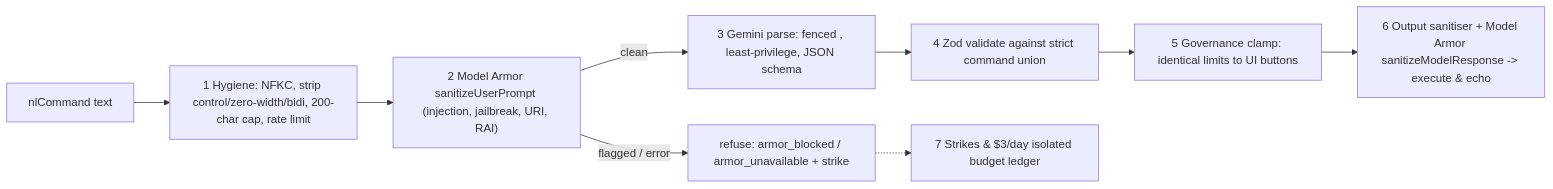
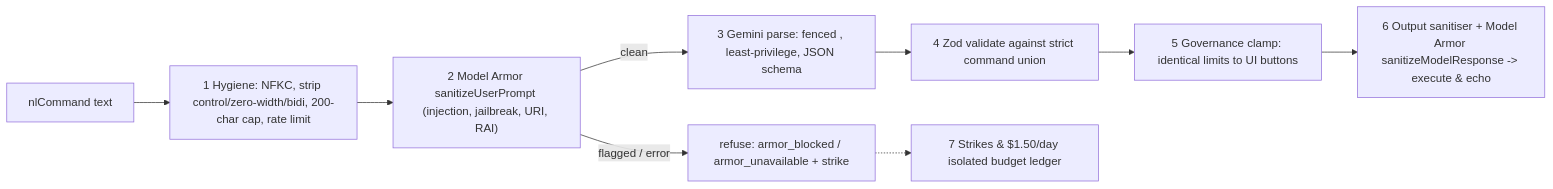
Before and after one commit to davenportjw/freightfloor: the diagram in docs/security.md, drawn with Mermaid. The commit also changed other lines of this file and 76 other files, not shown here.

````diff
--- a/docs/security.md
+++ b/docs/security.md
@@ -23,11 +23,11 @@
 ```mermaid
 flowchart LR
   T["nlCommand text"] --> H["1 Hygiene: NFKC, strip control/zero-width/bidi, 200-char cap, rate limit"]
   H --> MA["2 Model Armor sanitizeUserPrompt (injection, jailbreak, URI, RAI)"]
   MA -- "flagged / error" --> R["refuse: armor_blocked / armor_unavailable + strike"]
   MA -- "clean" --> P["3 Gemini parse: fenced <order-NONCE>, least-privilege, JSON schema"]
   P --> V["4 Zod validate against strict command union"]
   V --> G["5 Governance clamp: identical limits to UI buttons"]
   G --> E["6 Output sanitiser + Model Armor sanitizeModelResponse -> execute & echo"]
-  R -.-> S["7 Strikes & $3/day isolated budget ledger"]
+  R -.-> S["7 Strikes & $1.50/day isolated budget ledger"]
 ```
````
